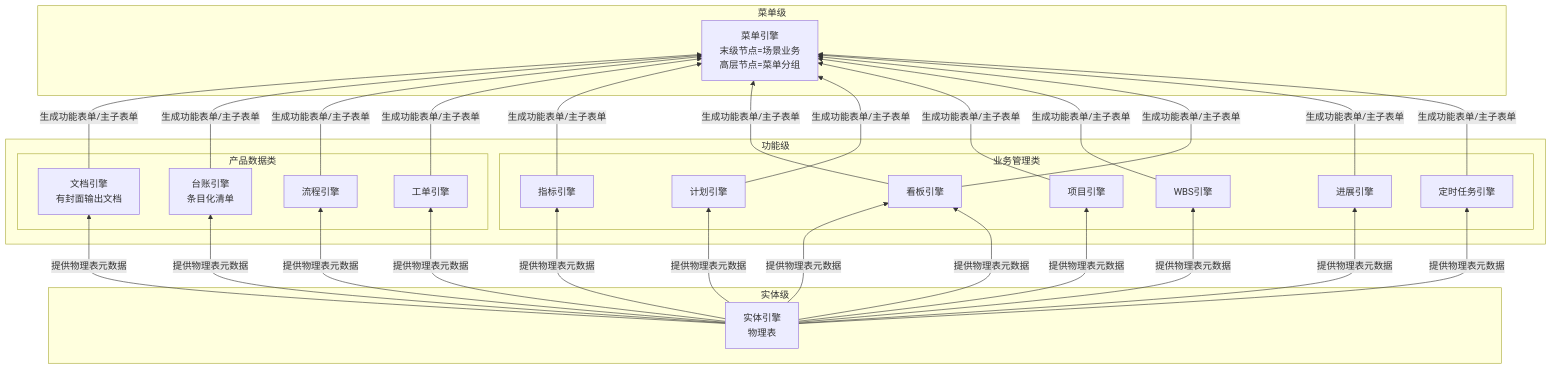
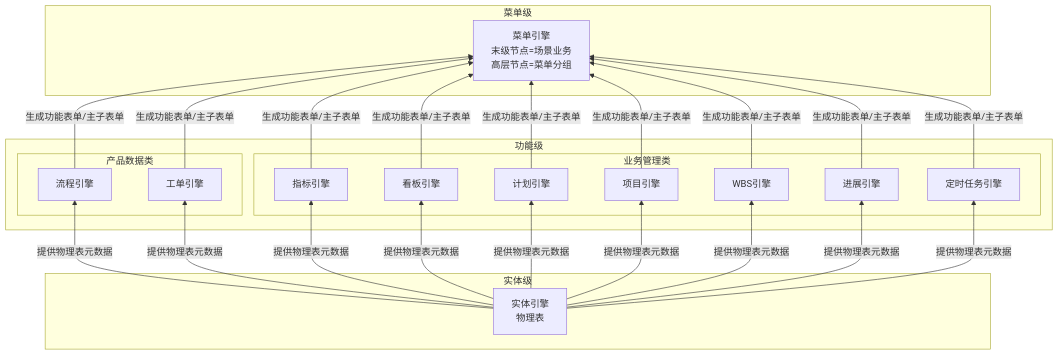
The diagram in 20-pl4eos/10-pl4eos-subpl-sysdev/10-wfsysdev-4-eos/91-eos-biz-eng-spec.md (Yongjunzhou/AOS-system-design), drawn with Mermaid before and after one commit. The commit also changed other lines of this file and 1 other file, not shown here.

````diff
--- a/20-pl4eos/10-pl4eos-subpl-sysdev/10-wfsysdev-4-eos/91-eos-biz-eng-spec.md
+++ b/20-pl4eos/10-pl4eos-subpl-sysdev/10-wfsysdev-4-eos/91-eos-biz-eng-spec.md
@@ -181,51 +251,43 @@
 ```mermaid
 %%{init: {'theme': 'default', 'flowchart': {'useMaxWidth': false, 'htmlLabels': true}}}%%
 graph BT
   subgraph 实体级
     ENTITY[实体引擎<br/>物理表]
   end
   subgraph 功能级
     subgraph 产品数据类
-      DOC[文档引擎<br/>有封面输出文档]
-      LEDGER[台账引擎<br/>条目化清单]
       FLOW[流程引擎]
       WO[工单引擎]
     end
     subgraph 业务管理类
       IND[指标引擎]
       KANBAN[看板引擎]
       PROJ[项目引擎]
       WBS[WBS引擎]
       TASK[计划引擎]
       PROG[进展引擎]
       SCH[定时任务引擎]
     end
   end
   subgraph 菜单级
     MENU[菜单引擎<br/>末级节点=场景业务<br/>高层节点=菜单分组]
   end
-  ENTITY -->|提供物理表元数据| DOC
-  ENTITY -->|提供物理表元数据| LEDGER
   ENTITY -->|提供物理表元数据| FLOW
   ENTITY -->|提供物理表元数据| WO
   ENTITY -->|提供物理表元数据| IND
   ENTITY -->|提供物理表元数据| KANBAN
   ENTITY -->|提供物理表元数据| TASK
   ENTITY -->|提供物理表元数据| PROJ
   ENTITY -->|提供物理表元数据| WBS
-  ENTITY -->|提供物理表元数据| KANBAN
   ENTITY -->|提供物理表元数据| PROG
   ENTITY -->|提供物理表元数据| SCH
-  DOC -->|生成功能表单/主子表单| MENU
-  LEDGER -->|生成功能表单/主子表单| MENU
   FLOW -->|生成功能表单/主子表单| MENU
   WO -->|生成功能表单/主子表单| MENU
   IND -->|生成功能表单/主子表单| MENU
   KANBAN -->|生成功能表单/主子表单| MENU
   TASK -->|生成功能表单/主子表单| MENU
   PROJ -->|生成功能表单/主子表单| MENU
   WBS -->|生成功能表单/主子表单| MENU
-  KANBAN -->|生成功能表单/主子表单| MENU
   PROG -->|生成功能表单/主子表单| MENU
   SCH -->|生成功能表单/主子表单| MENU
 ```
````
